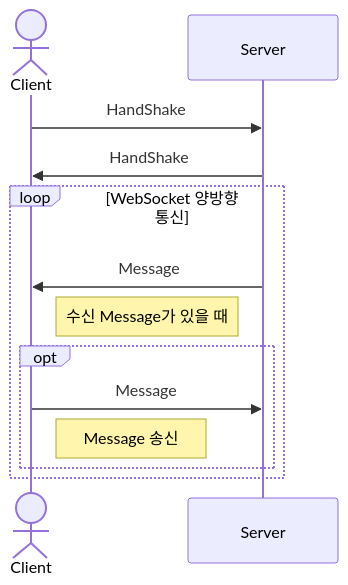
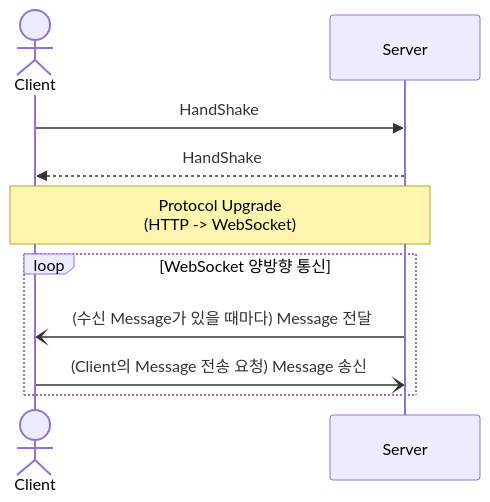
One commit to choesimin/choesimin.github.io changed the eighth of 9 diagrams in _skills/system-design/chatting.md. Above: the diagram before and after it, drawn with Mermaid. The commit also changed other lines of this file and 2 other files, not shown here.

````diff
--- a/_skills/system-design/chatting.md
+++ b/_skills/system-design/chatting.md
@@ -279,18 +290,16 @@
 ```mermaid
 sequenceDiagram
 
 actor c as Client
 participant s as Server
 
 c ->> s : HandShake
-s ->> c : HandShake
+s -->> c : HandShake
+
+note over c, s : Protocol Upgrade<br>(HTTP -> WebSocket)
 
 loop WebSocket 양방향 통신
-    s ->> c : Message
-    Note left of s : 수신 Message가 있을 때
-    opt
-        c ->> s : Message
-        Note right of c : Message 송신
-    end
+    s -) c : (수신 Message가 있을 때마다) Message 전달
+    c -) s : (Client의 Message 전송 요청) Message 송신
 end
 ```
````
